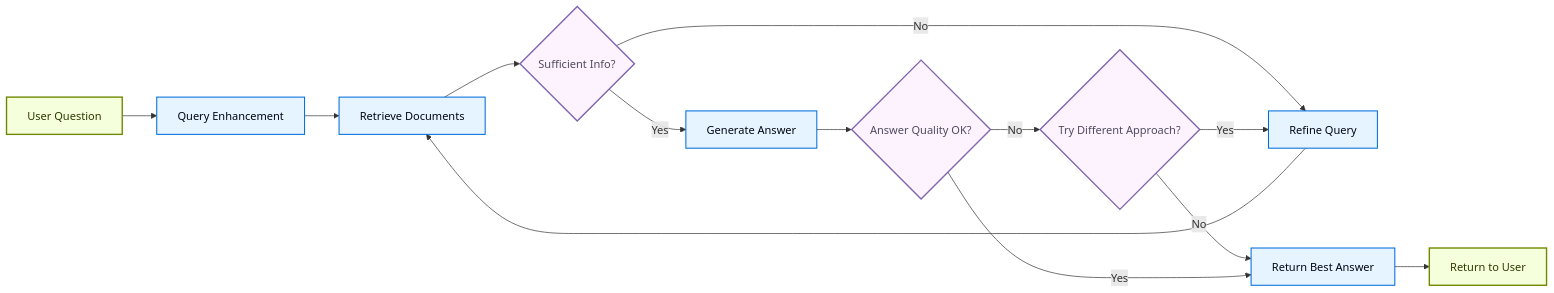
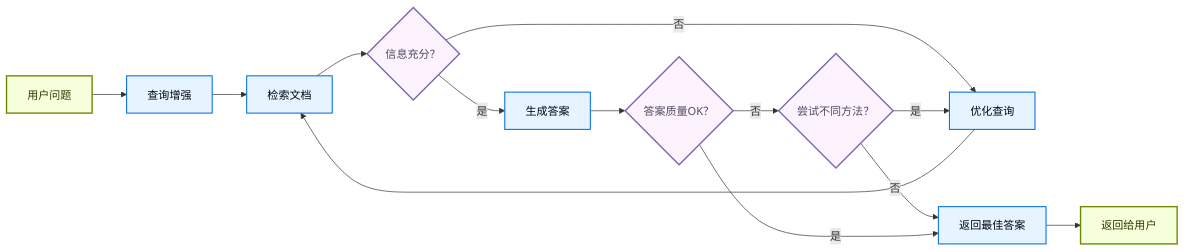
The fourth of 4 diagrams in oss/javascript/langchain/retrieval.mdx (CodeFly16/langchain-cn-doc), drawn with Mermaid before and after one commit. The commit also changed other lines of this file and 47 other files, not shown here.

````diff
--- a/oss/javascript/langchain/retrieval.mdx
+++ b/oss/javascript/langchain/retrieval.mdx
@@ -315,23 +315,23 @@
 ```mermaid
 graph LR
-    A[User Question] --> B[Query Enhancement]
-    B --> C[Retrieve Documents]
-    C --> D{Sufficient Info?}
-    D -- No --> E[Refine Query]
+    A[用户问题] --> B[查询增强]
+    B --> C[检索文档]
+    C --> D{信息充分？}
+    D -- 否 --> E[优化查询]
     E --> C
-    D -- Yes --> F[Generate Answer]
-    F --> G{Answer Quality OK?}
-    G -- No --> H{Try Different Approach?}
-    H -- Yes --> E
-    H -- No --> I[Return Best Answer]
-    G -- Yes --> I
-    I --> J[Return to User]
+    D -- 是 --> F[生成答案]
+    F --> G{答案质量OK？}
+    G -- 否 --> H{尝试不同方法？}
+    H -- 是 --> E
+    H -- 否 --> I[返回最佳答案]
+    G -- 是 --> I
+    I --> J[返回给用户]
 
     classDef startend fill:#F6FFDB,stroke:#6E8900,stroke-width:2px,color:#2E3900
     classDef decision fill:#FDF3FF,stroke:#7E65AE,stroke-width:2px,color:#504B5F
     classDef process fill:#E5F4FF,stroke:#006DDD,stroke-width:1.5px,color:#030710
 
     class A,J startend
     class B,C,E,F,I process
     class D,G,H decision
 ```
````
